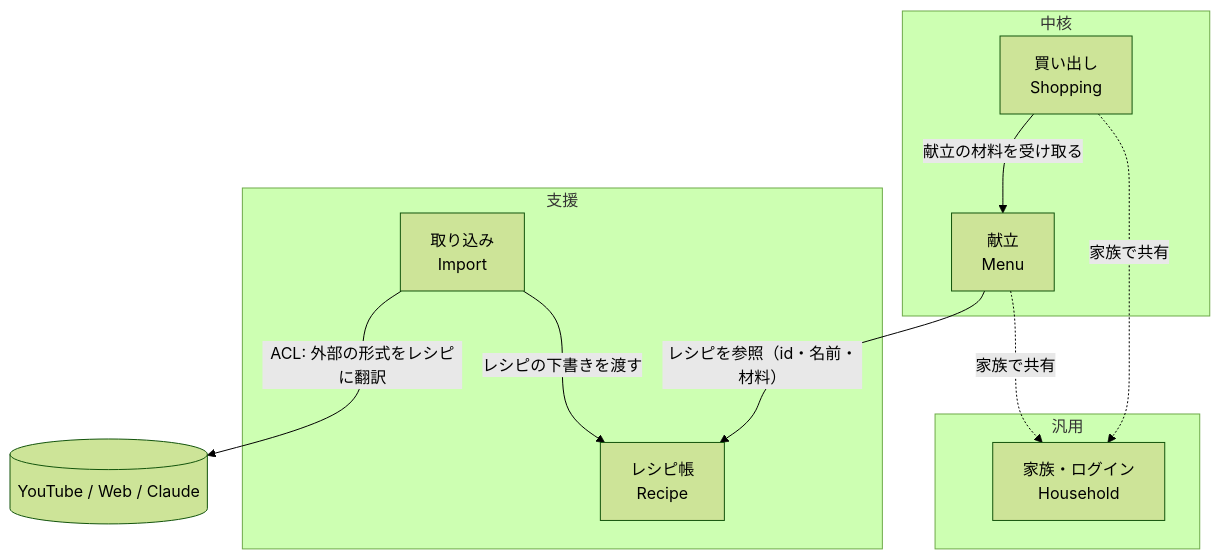
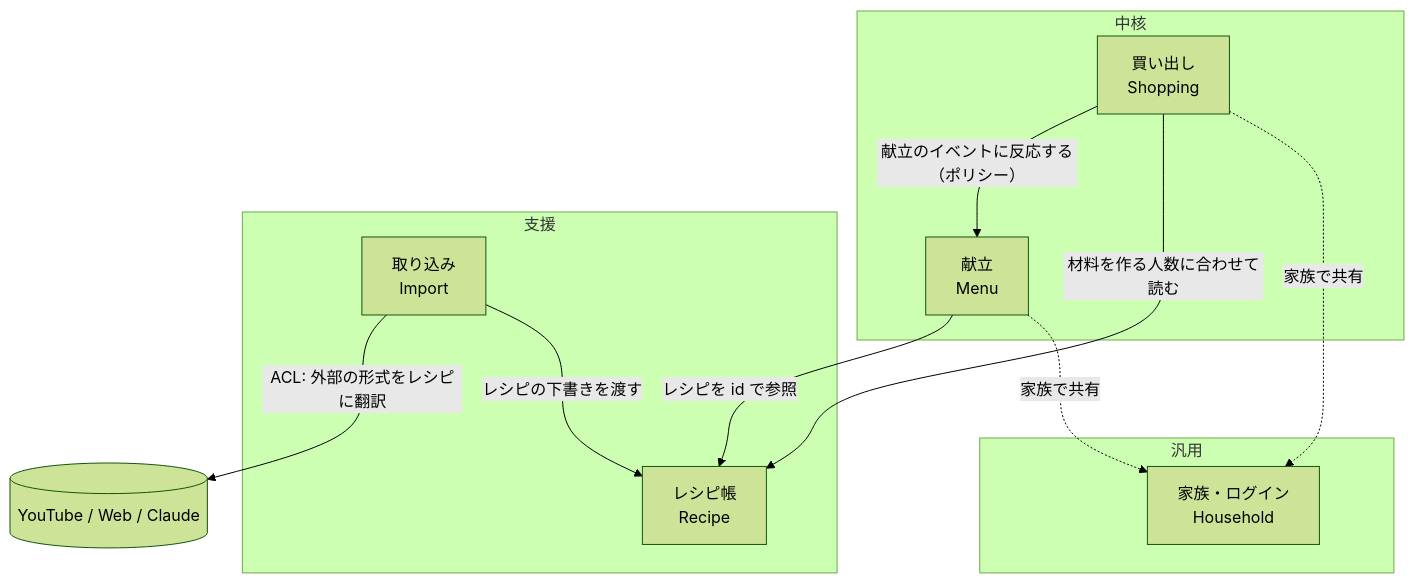
One commit to masaya722/cook-share changed the diagram in docs/domain/context-map.md. Above: the diagram before and after it, drawn with Mermaid (forest theme). The commit also changed other lines of this file and 5 other files, not shown here.

````diff
--- a/docs/domain/context-map.md
+++ b/docs/domain/context-map.md
@@ -5,22 +5,23 @@
 ```mermaid
 flowchart TB
   subgraph Core[中核]
     Menu[献立<br/>Menu]
     Shopping[買い出し<br/>Shopping]
   end
   subgraph Supporting[支援]
     Recipe[レシピ帳<br/>Recipe]
     Import[取り込み<br/>Import]
   end
   subgraph Generic[汎用]
     Household[家族・ログイン<br/>Household]
   end
   External[(YouTube / Web / Claude)]
 
   Import -- ACL: 外部の形式をレシピに翻訳 --> External
   Import -- レシピの下書きを渡す --> Recipe
-  Menu -- レシピを参照（id・名前・材料） --> Recipe
-  Shopping -- 献立の材料を受け取る --> Menu
+  Menu -- レシピを id で参照 --> Recipe
+  Shopping -- 献立のイベントに反応する（ポリシー） --> Menu
+  Shopping -- 材料を作る人数に合わせて読む --> Recipe
   Shopping -. 家族で共有 .-> Household
   Menu -. 家族で共有 .-> Household
 ```
````
